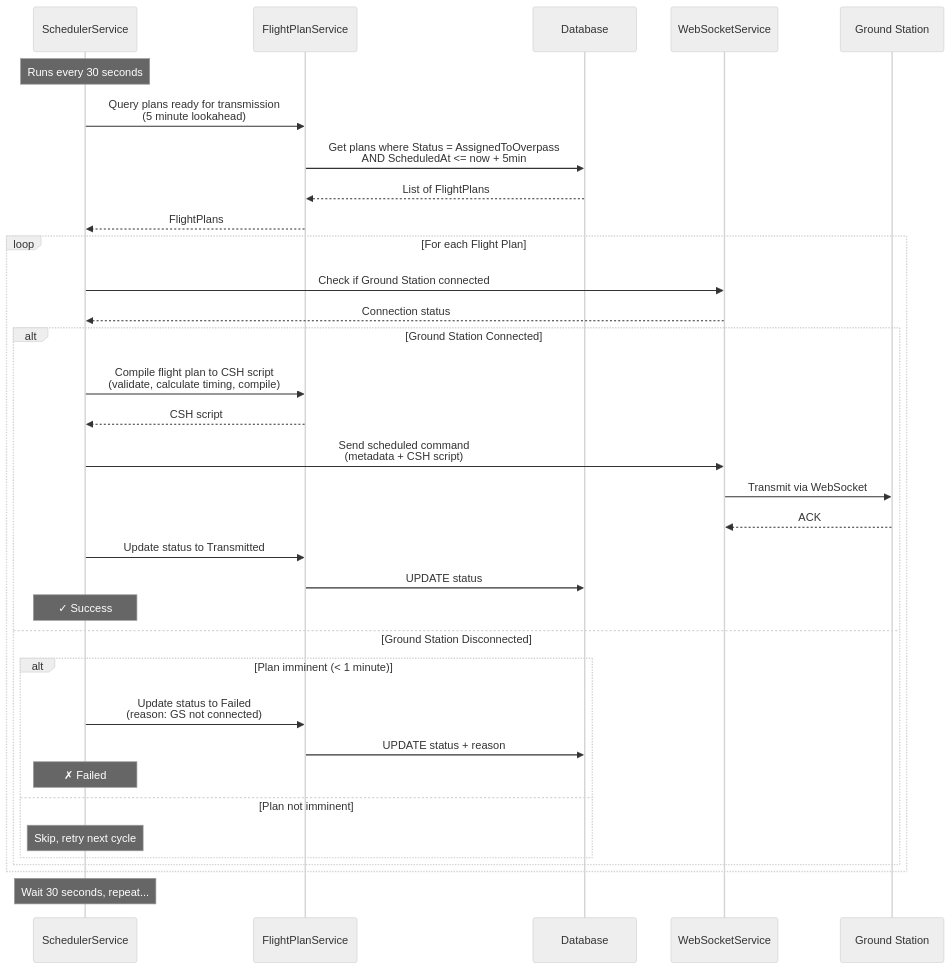
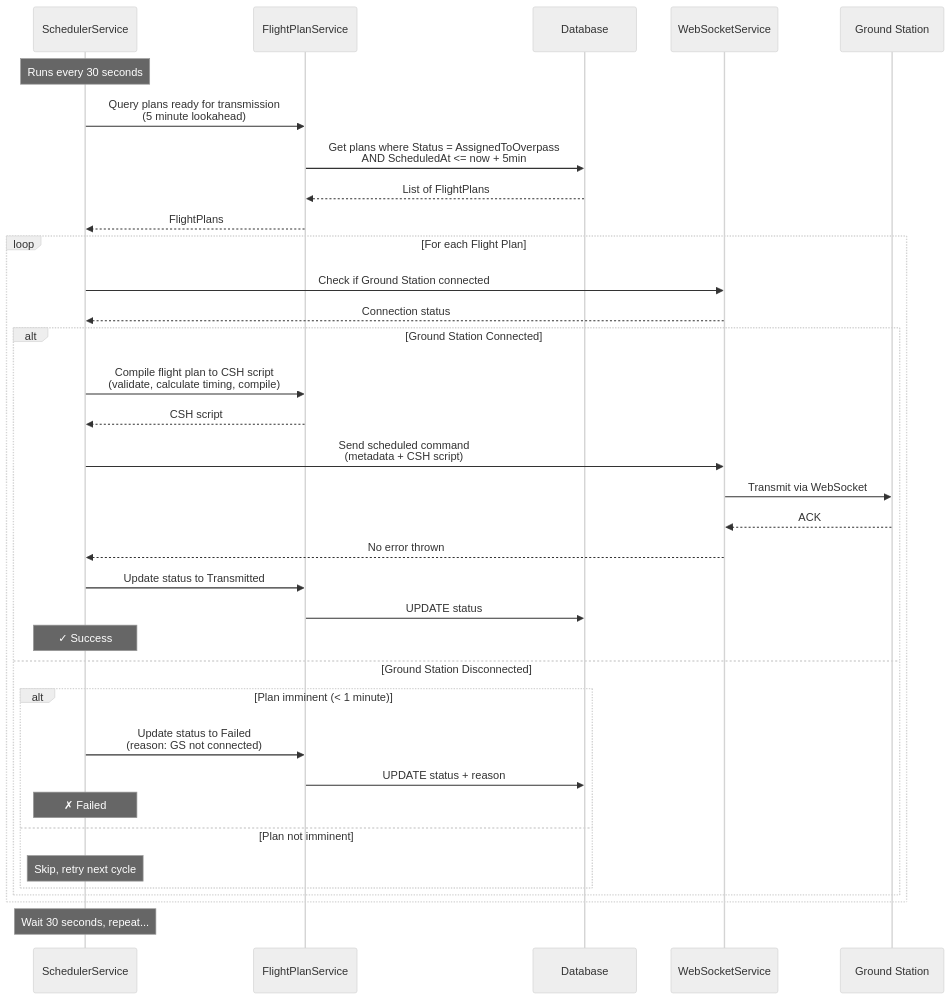
Before and after one commit to dietzy1/SatOps: the diagram in diagrams/flightPlanScheduler.mermaid, drawn with Mermaid (neutral theme).

Commit message:
Update flight plan scheduler.

```diff
--- a/diagrams/flightPlanScheduler.mermaid
+++ b/diagrams/flightPlanScheduler.mermaid
@@ -1,42 +1,43 @@
 sequenceDiagram
     participant Scheduler as SchedulerService
     participant FPS as FlightPlanService
     participant DB as Database
     participant WSService as WebSocketService
     participant GS as Ground Station
 
     Note over Scheduler: Runs every 30 seconds
 
     Scheduler->>FPS: Query plans ready for transmission<br/>(5 minute lookahead)
     FPS->>DB: Get plans where Status = AssignedToOverpass<br/>AND ScheduledAt <= now + 5min
     DB-->>FPS: List of FlightPlans
     FPS-->>Scheduler: FlightPlans
 
     loop For each Flight Plan
         Scheduler->>WSService: Check if Ground Station connected
         WSService-->>Scheduler: Connection status
 
         alt Ground Station Connected
             Scheduler->>FPS: Compile flight plan to CSH script<br/>(validate, calculate timing, compile)
             FPS-->>Scheduler: CSH script
             
             Scheduler->>WSService: Send scheduled command<br/>(metadata + CSH script)
             WSService->>GS: Transmit via WebSocket
             GS-->>WSService: ACK
+            WSService -->> Scheduler: No error thrown
             
             Scheduler->>FPS: Update status to Transmitted
             FPS->>DB: UPDATE status
             Note over Scheduler: ✓ Success
 
         else Ground Station Disconnected
             alt Plan imminent (< 1 minute)
                 Scheduler->>FPS: Update status to Failed<br/>(reason: GS not connected)
                 FPS->>DB: UPDATE status + reason
                 Note over Scheduler: ✗ Failed
             else Plan not imminent
                 Note over Scheduler: Skip, retry next cycle
             end
         end
     end
     
     Note over Scheduler: Wait 30 seconds, repeat...
```
